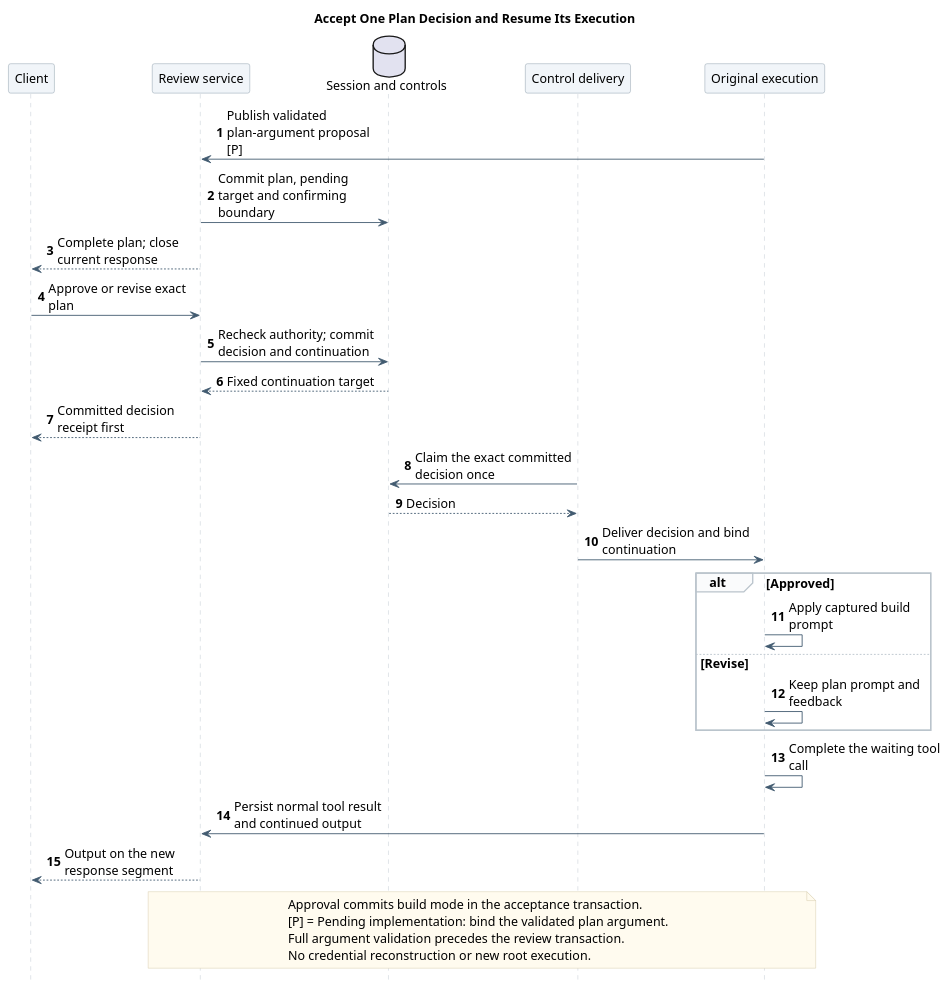
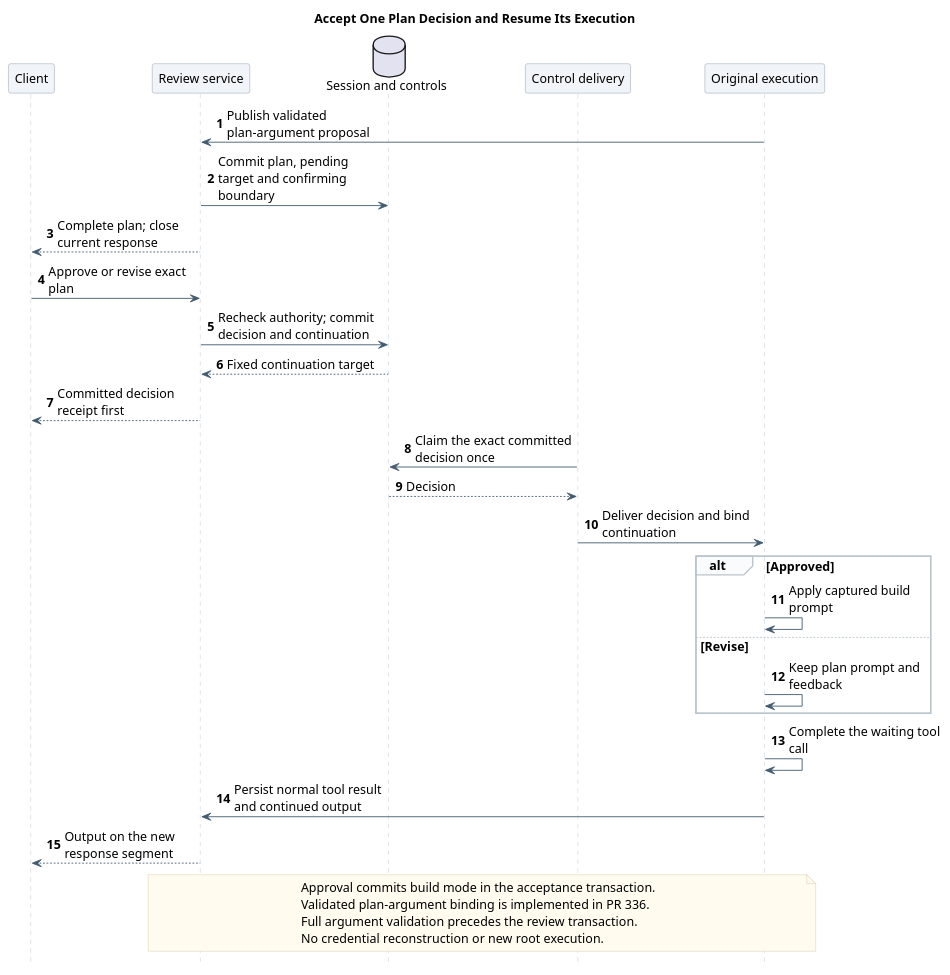
One commit to ssm0808/pi-mono-java-design changed the second of 7 diagrams in 01-总体架构/06-CampusClaw计划模式/diagram.puml. Above: the diagram before and after it, drawn with PlantUML. The commit also changed other lines of this file and 22 other files, not shown here.

```diff
--- a/01-总体架构/06-CampusClaw计划模式/diagram.puml
+++ b/01-总体架构/06-CampusClaw计划模式/diagram.puml
@@ -355,61 +360,61 @@
 @startuml plan_mode_review_sequence
 ' Plan scope checked 2026-09-28: Java 553dcd5e2ff682f9684810a043b442b37a02e54a.
 ' Source: modules/coding-agent-cli/src/main/java/com/campusclaw/codingagent/runtimeapi/runtime/RuntimeActiveExecution.java :: claimAndResumePlanReview, applyPlanMode.
 ' Source: modules/coding-agent-cli/src/main/java/com/campusclaw/codingagent/runtimeapi/persistence/MyBatisRuntimeExecutionControlRepository.java :: acceptPlanConfirmation, persistPlanConfirmation.
 ' Observed behavior: approval commits build mode, then the original execution updates its prompt before tool return.
 ' Source baseline: pi-mono-java 09b32d8ea4a4b43b34be302d8b2745bdc417c9a2.
 ' Source: modules/coding-agent-cli/src/main/java/com/campusclaw/codingagent/runtimeapi/event/RuntimeControlEventService.java :: accept.
 ' Source: modules/coding-agent-cli/src/main/java/com/campusclaw/codingagent/runtimeapi/persistence/MyBatisRuntimeExecutionControlRepository.java :: markConfirming, acceptConfirmation, claimConfirmation.
 ' Source: modules/coding-agent-cli/src/main/java/com/campusclaw/codingagent/runtimeapi/runtime/RuntimeSessionControlDispatcher.java :: dispatchConfirmation.
 ' Observed behavior: tool confirmation closes one response and resumes through a new fixed segment.
 ' Design reason: plan review reuses this transport and durable handoff.
 ' Java divergence: immutable plan event identity is the approval target; tool permissions remain separate.
 ' Presentation: one responsibility-level scenario; implementation details remain in the linked document.
 skinparam backgroundColor white
 skinparam defaultFontName SansSerif
 skinparam defaultFontSize 14
 skinparam shadowing false
 skinparam sequenceMessageAlign left
 skinparam maxMessageSize 180
 skinparam sequenceArrowColor #425B70
 skinparam sequenceLifeLineBorderColor #BAC4CC
 skinparam sequenceParticipantBackgroundColor #F1F5F9
 skinparam sequenceParticipantBorderColor #8496A4
 skinparam sequenceGroupBackgroundColor #FAFBFC
 skinparam sequenceGroupBorderColor #BAC4CC
 skinparam noteBackgroundColor #FFFBEF
 skinparam noteBorderColor #D2C6A5
 hide footbox
 autonumber
 
 title Accept One Plan Decision and Resume Its Execution
 participant Client
 participant "Review service" as Review
 database "Session and controls" as DB
 participant "Control delivery" as Dispatch
 participant "Original execution" as Agent
-Agent -> Review : Publish validated plan-argument proposal [P]
+Agent -> Review : Publish validated plan-argument proposal
 Review -> DB : Commit plan, pending target and confirming boundary
 Review --> Client : Complete plan; close current response
 Client -> Review : Approve or revise exact plan
 Review -> DB : Recheck authority; commit decision and continuation
 DB --> Review : Fixed continuation target
 Review --> Client : Committed decision receipt first
 Dispatch -> DB : Claim the exact committed decision once
 DB --> Dispatch : Decision
 Dispatch -> Agent : Deliver decision and bind continuation
 alt Approved
   Agent -> Agent : Apply captured build prompt
 else Revise
   Agent -> Agent : Keep plan prompt and feedback
 end
 Agent -> Agent : Complete the waiting tool call
 Agent -> Review : Persist normal tool result and continued output
 Review --> Client : Output on the new response segment
 note over Review,Agent
   Approval commits build mode in the acceptance transaction.
-  [P] = Pending implementation: bind the validated plan argument.
+  Validated plan-argument binding is implemented in PR 336.
   Full argument validation precedes the review transaction.
   No credential reconstruction or new root execution.
 end note
 @enduml
```
